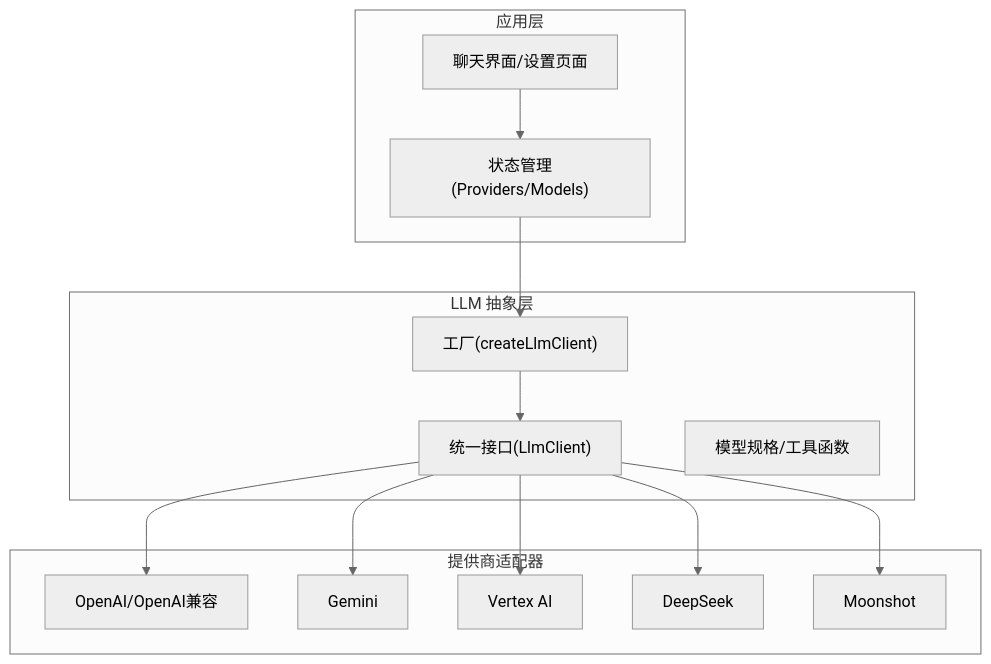
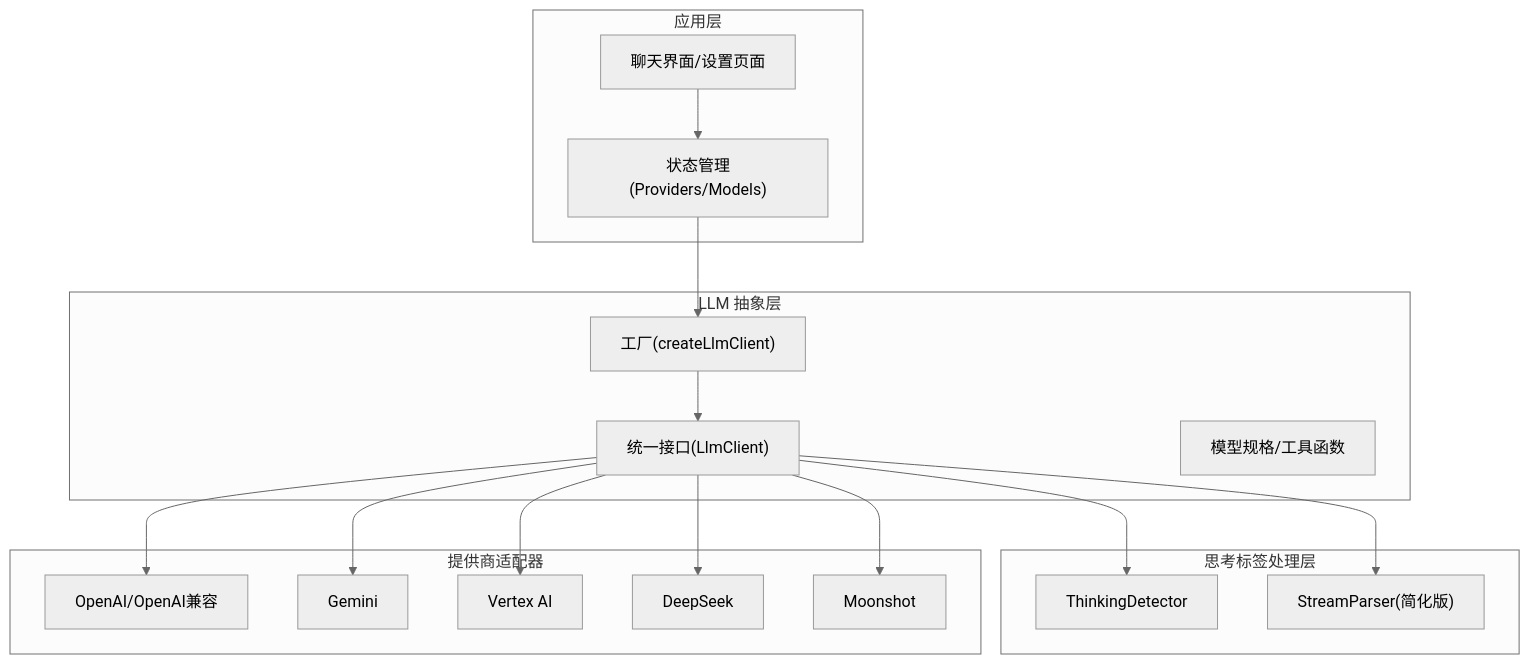
The first of 6 diagrams in .qoder/repowiki/zh/content/多提供商模型集成/多提供商模型集成.md (NarcisWL/Nexara), drawn with Mermaid (neutral theme) before and after one commit. The commit also changed other lines of this file and 4 other files, not shown here.

Commit message:
docs(wiki): update documentation for ThinkingDetector and chat refactoring

````diff
--- a/.qoder/repowiki/zh/content/多提供商模型集成/多提供商模型集成.md
+++ b/.qoder/repowiki/zh/content/多提供商模型集成/多提供商模型集成.md
@@ -40,27 +53,33 @@
 ```mermaid
 graph TB
 subgraph "应用层"
 UI["聊天界面/设置页面"]
 Store["状态管理(Providers/Models)"]
 end
 subgraph "LLM 抽象层"
 Factory["工厂(createLlmClient)"]
 Types["统一接口(LlmClient)"]
 Utils["模型规格/工具函数"]
 end
+subgraph "思考标签处理层"
+TD["ThinkingDetector"]
+SP["StreamParser(简化版)"]
+end
 subgraph "提供商适配器"
 OA["OpenAI/OpenAI兼容"]
 GM["Gemini"]
 VT["Vertex AI"]
 DS["DeepSeek"]
 MK["Moonshot"]
 end
 UI --> Store
 Store --> Factory
 Factory --> Types
+Types --> TD
+Types --> SP
 Types --> OA
 Types --> GM
 Types --> VT
 Types --> DS
 Types --> MK
 ```
````
